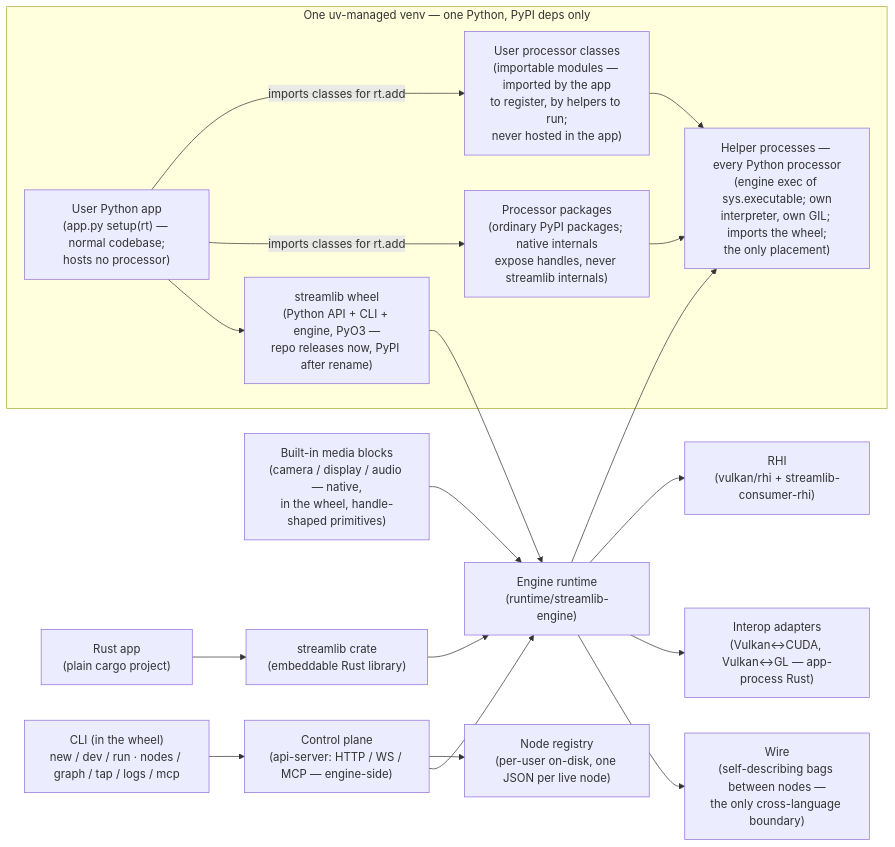
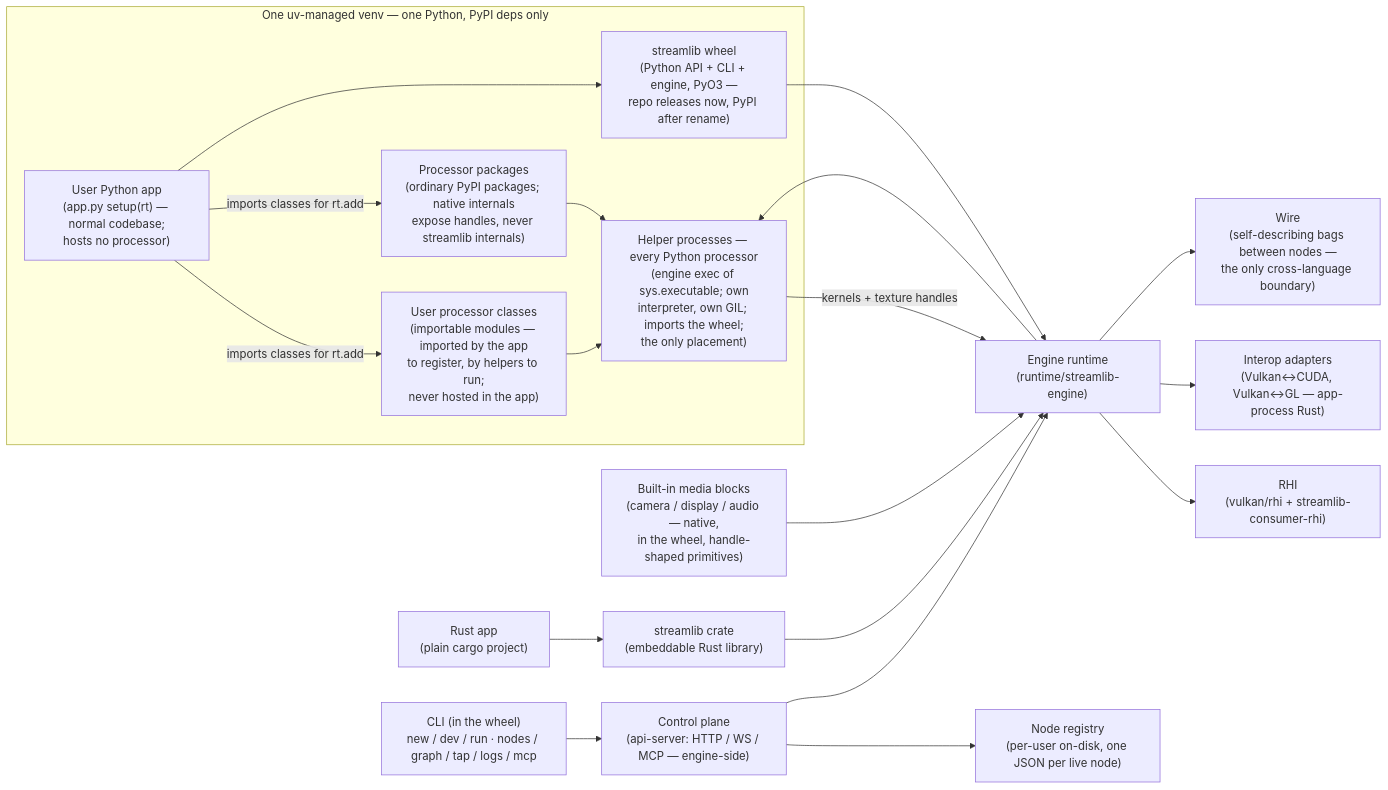
The diagram in docs/plan/diagrams/system.mmd (tatolab/streamlib), drawn with Mermaid before and after one commit. The commit also changed 3 other files, not shown here.

```diff
--- a/docs/plan/diagrams/system.mmd
+++ b/docs/plan/diagrams/system.mmd
@@ -1,37 +1,38 @@
 flowchart LR
   subgraph env["One uv-managed venv — one Python, PyPI deps only"]
     app["User Python app\n(app.py setup(rt) — normal codebase;\nhosts no processor)"]
     procs["User processor classes\n(importable modules — imported by the app\nto register, by helpers to run;\nnever hosted in the app)"]
     pkgs["Processor packages\n(ordinary PyPI packages; native internals\nexpose handles, never streamlib internals)"]
     wheel["streamlib wheel\n(Python API + CLI + engine, PyO3 —\nrepo releases now, PyPI after rename)"]
     helper["Helper processes — every Python processor\n(engine exec of sys.executable; own\ninterpreter, own GIL; imports the wheel;\nthe only placement)"]
   end
 
   rustapp["Rust app\n(plain cargo project)"]
   crate["streamlib crate\n(embeddable Rust library)"]
   engine["Engine runtime\n(runtime/streamlib-engine)"]
   media["Built-in media blocks\n(camera / display / audio — native,\nin the wheel, handle-shaped primitives)"]
   rhi["RHI\n(vulkan/rhi + streamlib-consumer-rhi)"]
   interop["Interop adapters\n(Vulkan↔CUDA, Vulkan↔GL — app-process Rust)"]
   ctl["Control plane\n(api-server: HTTP / WS / MCP — engine-side)"]
   cli["CLI (in the wheel)\nnew / dev / run · nodes / graph / tap / logs / mcp"]
   wire["Wire\n(self-describing bags between nodes —\nthe only cross-language boundary)"]
 
   registry["Node registry\n(per-user on-disk, one JSON per live node)"]
 
   app -->|imports classes for rt.add| procs
   app -->|imports classes for rt.add| pkgs
   procs --> helper
   pkgs --> helper
   app --> wheel
   wheel --> engine
   engine --> helper
+  helper -->|kernels + texture handles| engine
   ctl --> registry
   rustapp --> crate
   crate --> engine
   media --> engine
   engine --> rhi
   engine --> interop
   ctl --> engine
   cli --> ctl
   engine --> wire
```
